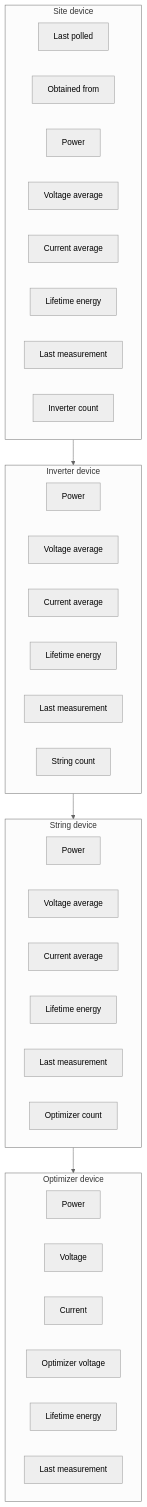
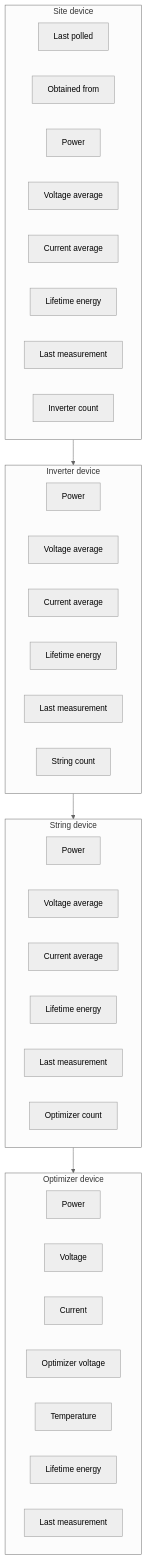
One commit to AndrewTapp/solaredgeoptimizers changed the second of 4 diagrams in custom_components/solaredgeoptimizers/docs/Wiki-Home.md. Above: the diagram before and after it, drawn with Mermaid (neutral theme). The commit also changed other lines of this file, not shown here.

First line of the commit message:
Enhance SolarEdge integration with temperature sensor

````diff
--- a/custom_components/solaredgeoptimizers/docs/Wiki-Home.md
+++ b/custom_components/solaredgeoptimizers/docs/Wiki-Home.md
@@ -110,44 +111,45 @@
 ```mermaid
 flowchart TD
     subgraph Site[Site device]
         LP[Last polled]
         OF[Obtained from]
         S_P[Power]
         S_V[Voltage average]
         S_C[Current average]
         S_E[Lifetime energy]
         S_L[Last measurement]
         S_I[Inverter count]
     end
 
     subgraph Inv[Inverter device]
         I_P[Power]
         I_V[Voltage average]
         I_C[Current average]
         I_E[Lifetime energy]
         I_L[Last measurement]
         I_S[String count]
     end
 
     subgraph Str[String device]
         R_P[Power]
         R_V[Voltage average]
         R_C[Current average]
         R_E[Lifetime energy]
         R_L[Last measurement]
         R_O[Optimizer count]
     end
 
     subgraph Opt[Optimizer device]
         O_P[Power]
         O_V[Voltage]
         O_C[Current]
         O_OV[Optimizer voltage]
+        O_T[Temperature]
         O_E[Lifetime energy]
         O_L[Last measurement]
     end
 
     Site --> Inv
     Inv --> Str
     Str --> Opt
 ```
````
